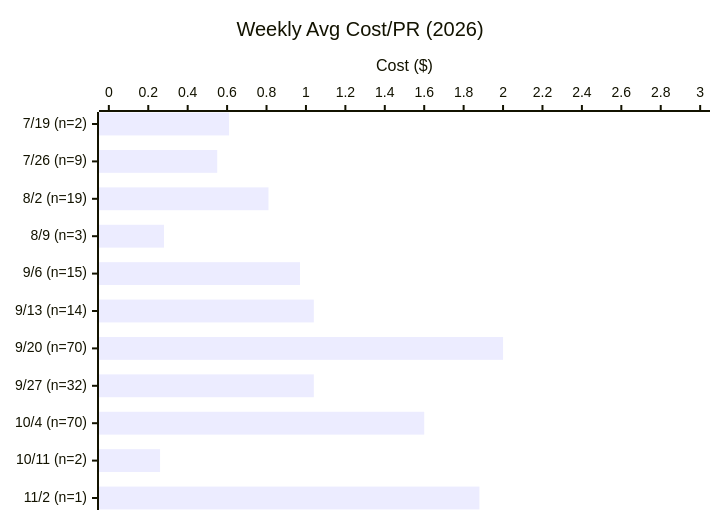
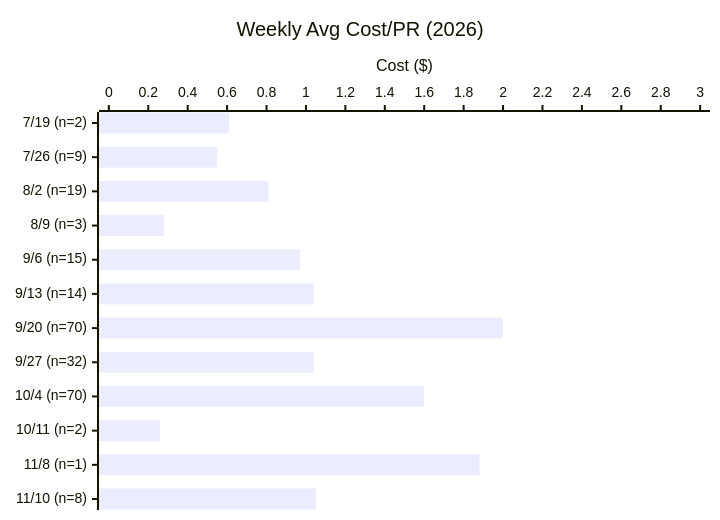
The second of 3 diagrams in EVAL.md (Sanctum-Origo-Systems/autoloop), drawn with Mermaid before and after one commit. The commit also changed other lines of this file and 1 other file, not shown here.

````diff
--- a/EVAL.md
+++ b/EVAL.md
@@ -27,7 +27,7 @@
 ```mermaid
 xychart-beta horizontal
     title "Weekly Avg Cost/PR (2026)"
-    x-axis ["7/19 (n=2)", "7/26 (n=9)", "8/2 (n=19)", "8/9 (n=3)", "9/6 (n=15)", "9/13 (n=14)", "9/20 (n=70)", "9/27 (n=32)", "10/4 (n=70)", "10/11 (n=2)", "11/2 (n=1)"]
+    x-axis ["7/19 (n=2)", "7/26 (n=9)", "8/2 (n=19)", "8/9 (n=3)", "9/6 (n=15)", "9/13 (n=14)", "9/20 (n=70)", "9/27 (n=32)", "10/4 (n=70)", "10/11 (n=2)", "11/8 (n=1)", "11/10 (n=8)"]
     y-axis "Cost ($)" 0 --> 3
-    bar [0.61, 0.55, 0.81, 0.28, 0.97, 1.04, 2.00, 1.04, 1.60, 0.26, 1.88]
+    bar [0.61, 0.55, 0.81, 0.28, 0.97, 1.04, 2.00, 1.04, 1.60, 0.26, 1.88, 1.05]
 ```
````
